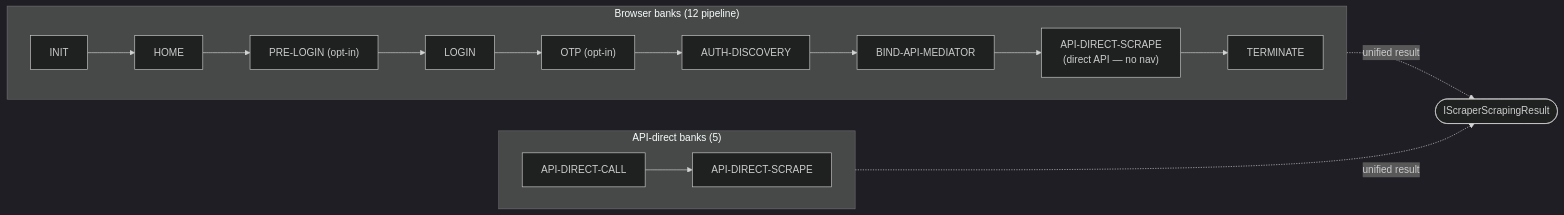
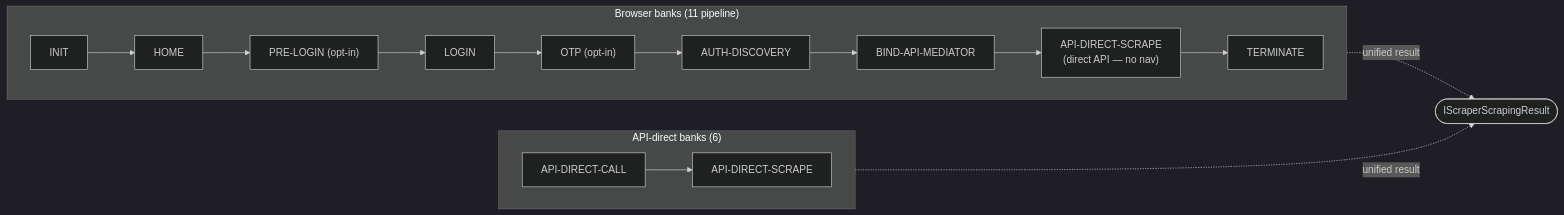
One commit to sergienko4/israeli-bank-scrapers changed the diagram in docs/index.md. Above: the diagram before and after it, drawn with Mermaid (dark theme). The commit also changed other lines of this file and 135 other files, not shown here.

````diff
--- a/docs/index.md
+++ b/docs/index.md
@@ -37,18 +37,18 @@
 ```mermaid
 flowchart LR
-    subgraph BB["Browser banks (12 pipeline)"]
+    subgraph BB["Browser banks (11 pipeline)"]
       direction LR
       INIT --> HOME --> PRELOGIN["PRE-LOGIN (opt-in)"]
       PRELOGIN --> LOGIN --> OTP["OTP (opt-in)"]
       OTP --> AUTH["AUTH-DISCOVERY"] --> BIND["BIND-API-MEDIATOR"]
       BIND --> SCRAPE["API-DIRECT-SCRAPE<br/>(direct API — no nav)"] --> TERM["TERMINATE"]
     end
 
-    subgraph API["API-direct banks (5)"]
+    subgraph API["API-direct banks (6)"]
       direction LR
       CALL["API-DIRECT-CALL"] --> SCR["API-DIRECT-SCRAPE"]
     end
 
     BB -.->|"unified result"| RESULT(["IScraperScrapingResult"])
     API -.->|"unified result"| RESULT
 ```
````
